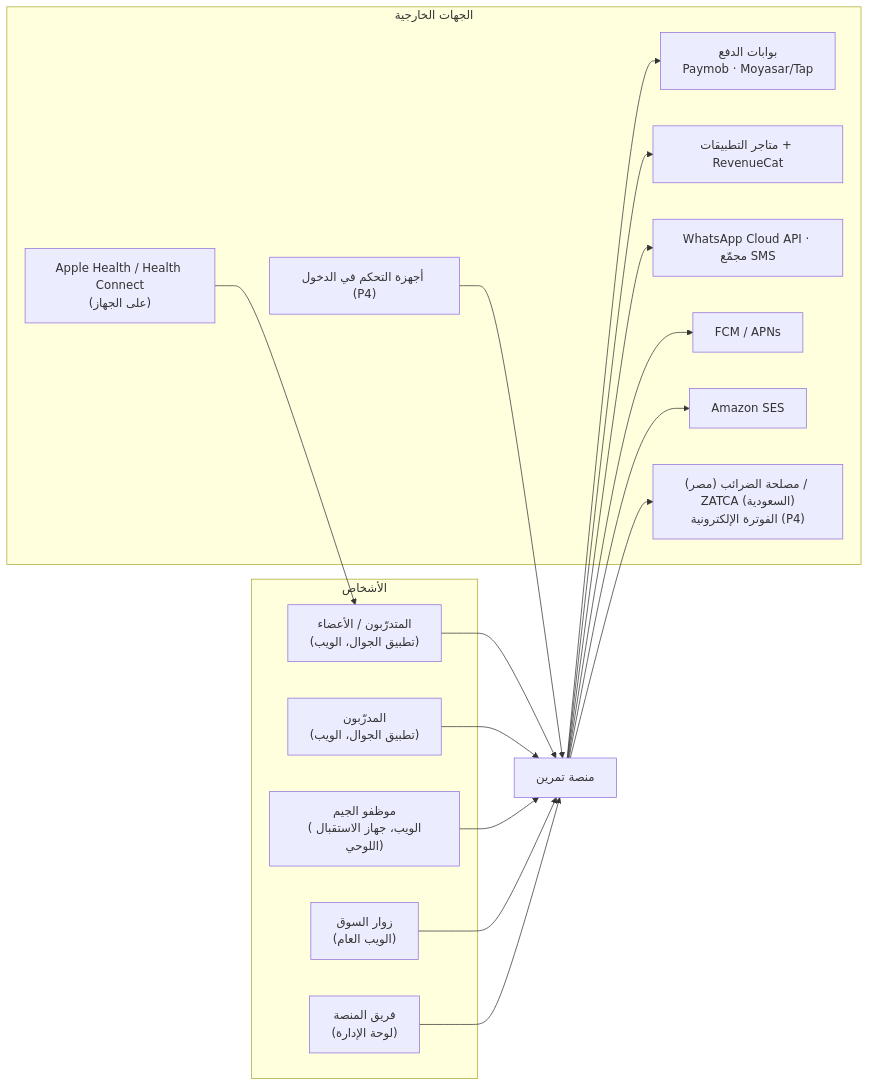
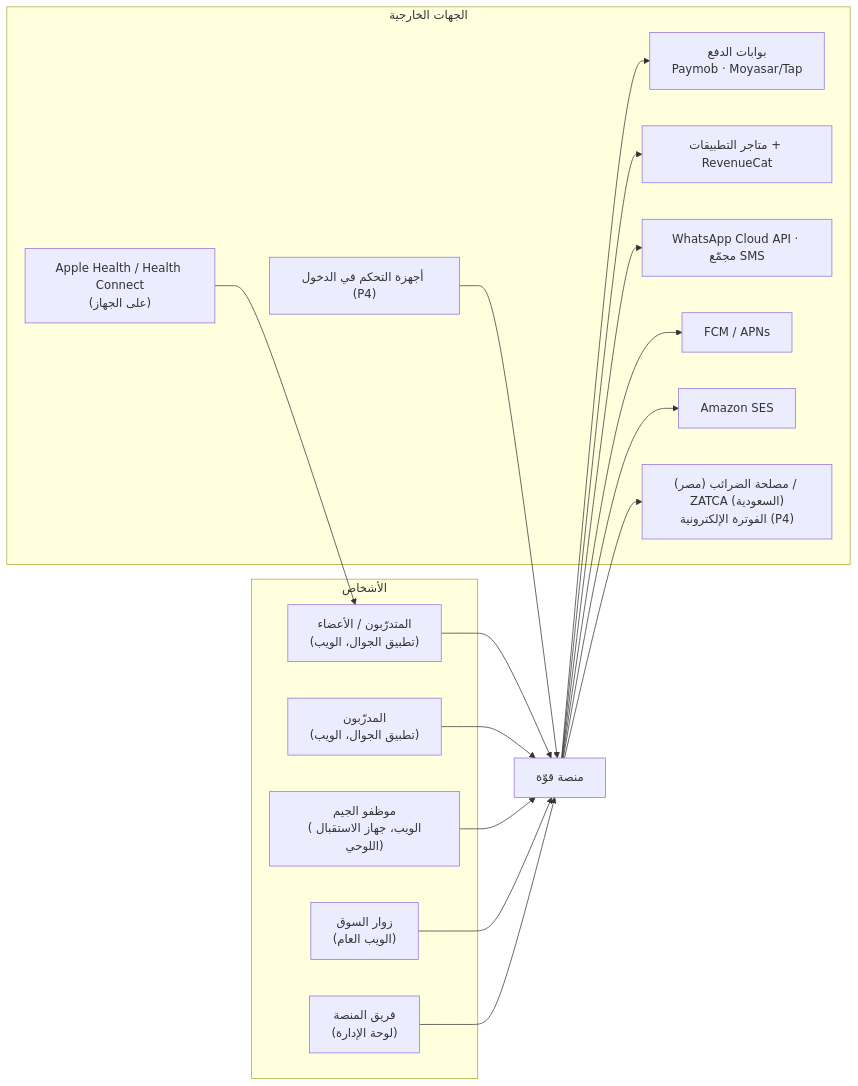
The fourth of 23 diagrams in docs/fitness-platform/TECHNICAL_SYSTEM_ARCHITECTURE.ar.md (abdo-shrief270/muhasebi-egypt), drawn with Mermaid before and after one commit. The commit also changed other lines of this file and 31 other files, not shown here.

````diff
--- a/docs/fitness-platform/TECHNICAL_SYSTEM_ARCHITECTURE.ar.md
+++ b/docs/fitness-platform/TECHNICAL_SYSTEM_ARCHITECTURE.ar.md
@@ -484,34 +484,34 @@
 ```mermaid
 flowchart LR
     subgraph People["الأشخاص"]
         TR["المتدرّبون / الأعضاء<br/>(تطبيق الجوال، الويب)"]
         CO["المدرّبون<br/>(تطبيق الجوال، الويب)"]
         GS["موظفو الجيم<br/>(الويب، جهاز الاستقبال اللوحي)"]
         VI["زوار السوق<br/>(الويب العام)"]
         AD["فريق المنصة<br/>(لوحة الإدارة)"]
     end
-    T["منصة تمرين"]
+    T["منصة قوّة"]
     subgraph External["الجهات الخارجية"]
         PG1["بوابات الدفع<br/>Paymob · Moyasar/Tap"]
         ST["متاجر التطبيقات + RevenueCat"]
         MSG["WhatsApp Cloud API · مجمّع SMS"]
         PUSH["FCM / APNs"]
         MAIL["Amazon SES"]
         HL["Apple Health / Health Connect<br/>(على الجهاز)"]
         TAX["مصلحة الضرائب (مصر) / ZATCA (السعودية)<br/>الفوترة الإلكترونية (P4)"]
         HW["أجهزة التحكم في الدخول (P4)"]
     end
     TR --> T
     CO --> T
     GS --> T
     VI --> T
     AD --> T
     T --> PG1
     T --> ST
     T --> MSG
     T --> PUSH
     T --> MAIL
     HL --> TR
     T --> TAX
     HW --> T
 ```
````
